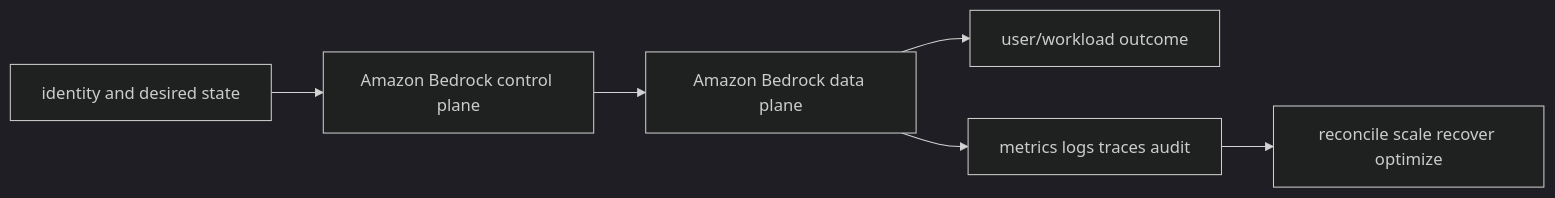
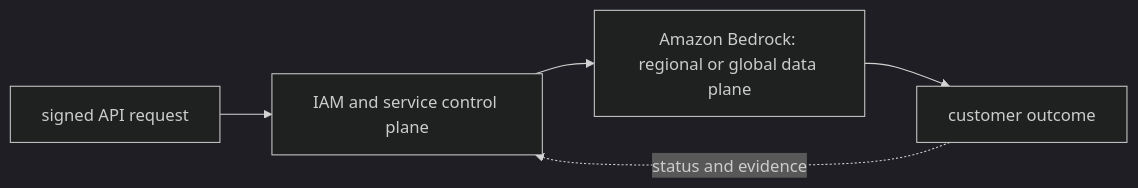
Before and after one commit to tomkidumbuyo/DevOps-interview-preparation: the diagram in 07-aws/11-ai-platform/01-bedrock/README.md, drawn with Mermaid (dark theme). The commit also changed other lines of this file and 753 other files, not shown here.

````diff
--- a/07-aws/11-ai-platform/01-bedrock/README.md
+++ b/07-aws/11-ai-platform/01-bedrock/README.md
@@ -19,8 +31,7 @@
 ```mermaid
 flowchart LR
-  I[identity and desired state] --> C[Amazon Bedrock control plane]
-  C --> D[Amazon Bedrock data plane]
-  D --> U[user/workload outcome]
-  D --> O[metrics logs traces audit]
-  O --> R[reconcile scale recover optimize]
+  A["signed API request"] --> B["IAM and service control plane"]
+  B --> C["Amazon Bedrock: regional or global data plane"]
+  C --> D["customer outcome"]
+  D -. "status and evidence" .-> B
 ```
````
